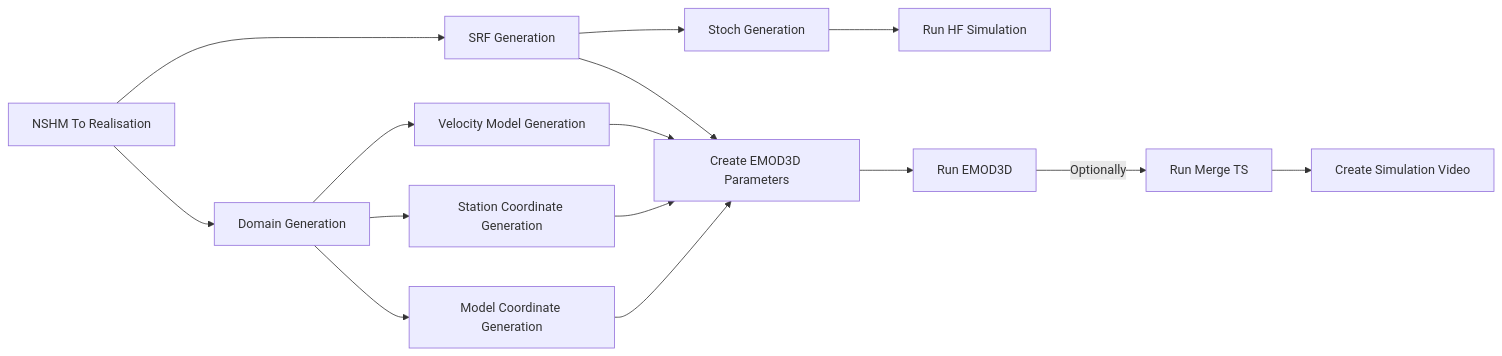
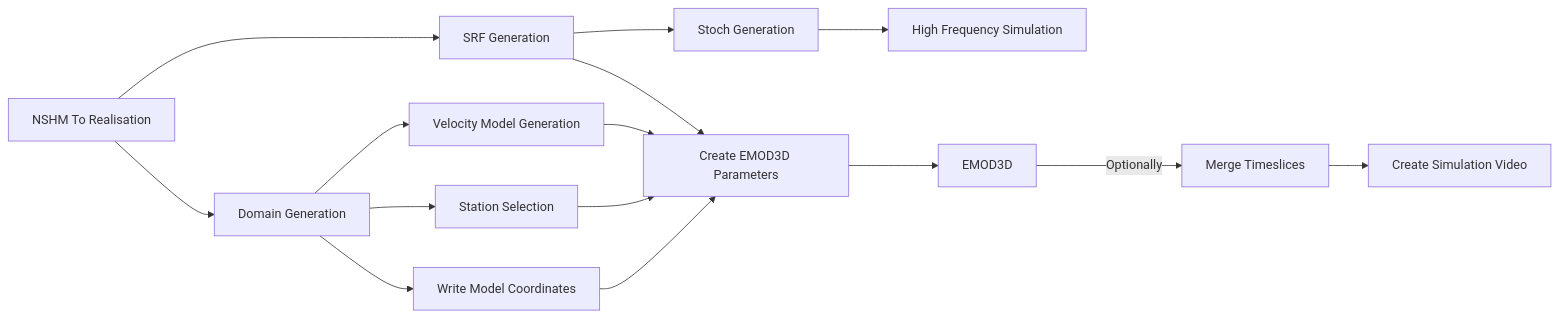
The diagram in wiki/Stages.md (ucgmsim/workflow), drawn with Mermaid before and after one commit. The commit also changed other lines of this file, not shown here.

````diff
--- a/wiki/Stages.md
+++ b/wiki/Stages.md
@@ -11,17 +11,17 @@
 ```mermaid
 graph LR
     A[NSHM To Realisation] --> B[SRF Generation]
     A --> C[Domain Generation]
     B --> D[Stoch Generation]
     C --> E[Velocity Model Generation]
-    C --> F[Station Coordinate Generation]
-    C --> G[Model Coordinate Generation]
+    C --> F[Station Selection]
+    C --> G[Write Model Coordinates]
     B --> H[Create EMOD3D Parameters]
     E --> H
     F --> H
     G --> H
-    H --> I[Run EMOD3D]
-    D --> J[Run HF Simulation]
-    I -->|Optionally| K[Run Merge TS]
+    H --> I[EMOD3D]
+    D --> J[High Frequency Simulation]
+    I -->|Optionally| K[Merge Timeslices]
     K --> L[Create Simulation Video]
 ```
````
